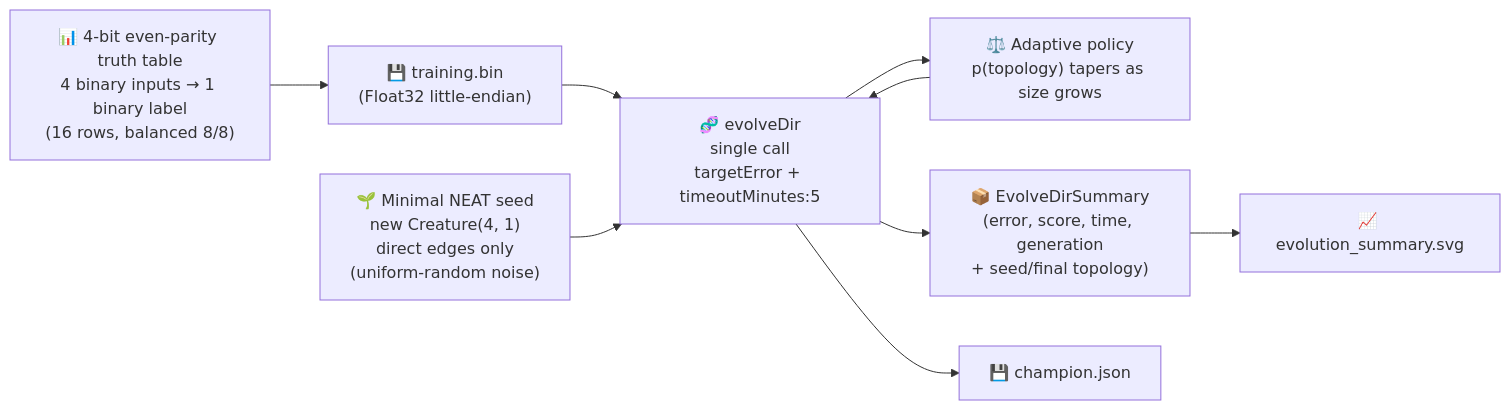
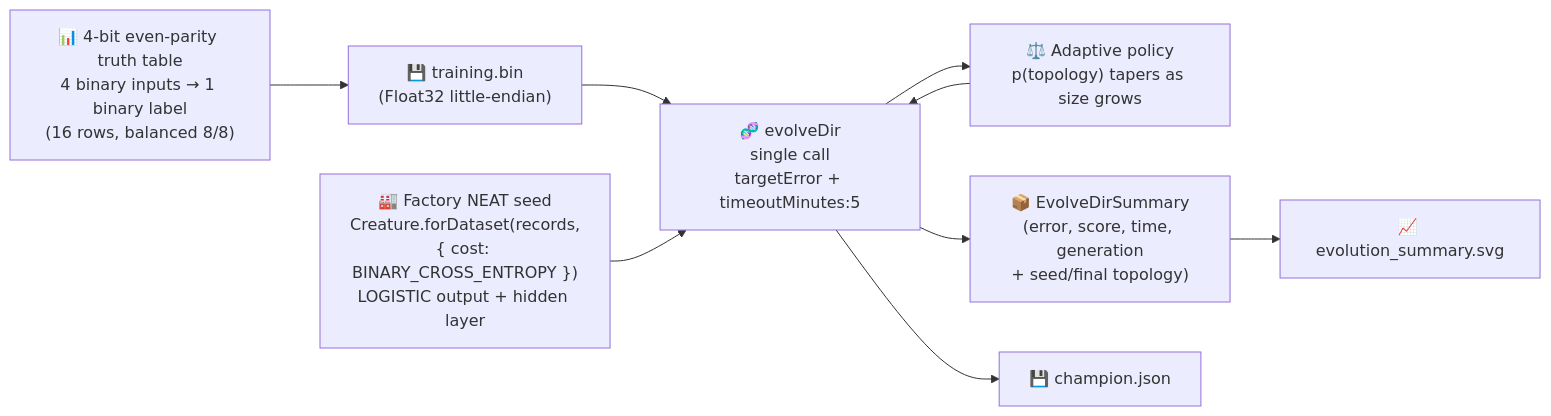
Before and after one commit to stSoftwareAU/NEAT-AI-Examples: the diagram in adaptive_mutation/README.md, drawn with Mermaid. The commit also changed other lines of this file and 7 other files, not shown here.

First line of the commit message:
adaptive_mutation: build the initial creature via the NEAT-AI factory (#533)

````diff
--- a/adaptive_mutation/README.md
+++ b/adaptive_mutation/README.md
@@ -116,19 +135,19 @@
 ```mermaid
 flowchart LR
     DATA["📊 4-bit even-parity truth table<br/>4 binary inputs → 1 binary label<br/>(16 rows, balanced 8/8)"]
     BIN["💾 training.bin<br/>(Float32 little-endian)"]
-    SEED["🌱 Minimal NEAT seed<br/>new Creature(4, 1)<br/>direct edges only<br/>(uniform-random noise)"]
+    SEED["🏭 Factory NEAT seed<br/>Creature.forDataset(records,<br/>{ cost: BINARY_CROSS_ENTROPY })<br/>LOGISTIC output + hidden layer"]
     EVOLVE["🧬 evolveDir<br/>single call<br/>targetError + timeoutMinutes:5"]
     POLICY["⚖️ Adaptive policy<br/>p(topology) tapers as size grows"]
     SUMMARY["📦 EvolveDirSummary<br/>(error, score, time, generation<br/>+ seed/final topology)"]
     TELEMETRY["📈 evolution_summary.svg"]
     CHAMP["💾 champion.json"]
 
     DATA --> BIN --> EVOLVE
     SEED --> EVOLVE
     EVOLVE --> POLICY
     POLICY --> EVOLVE
     EVOLVE --> SUMMARY
     SUMMARY --> TELEMETRY
     EVOLVE --> CHAMP
 ```
````
